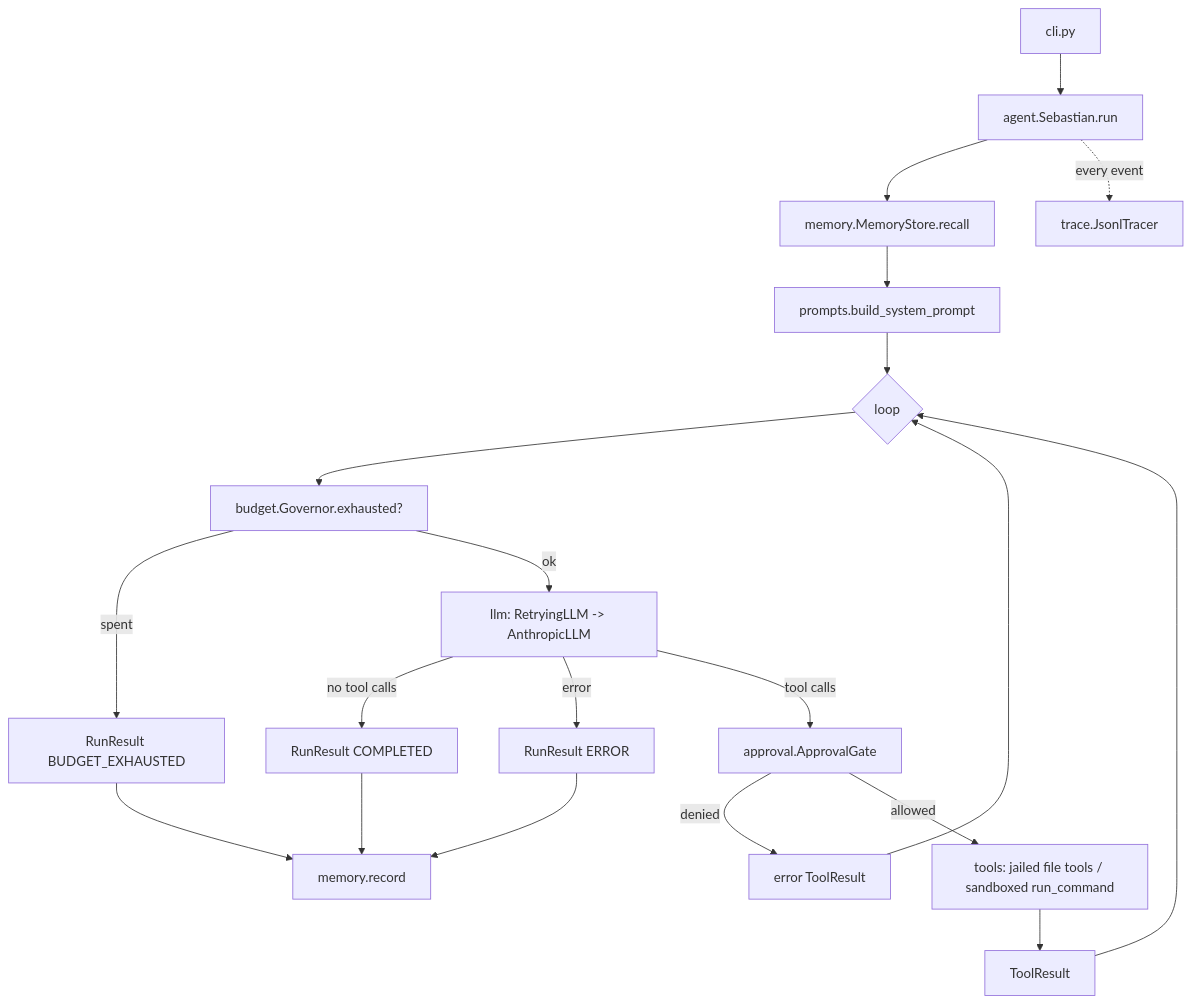
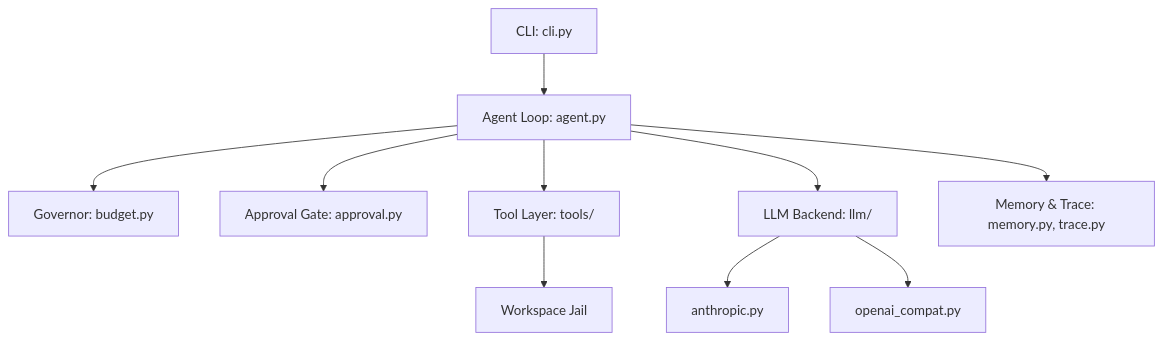
Before and after one commit to jonnysteedman683-wq/Sebastian: the diagram in docs/SEBASTIAN_MAP.md, drawn with Mermaid. The commit also changed other lines of this file and 1 other file, not shown here.

First line of the commit message:
docs: Add SEBASTIAN_MAP and phase 1 report

````diff
--- a/docs/SEBASTIAN_MAP.md
+++ b/docs/SEBASTIAN_MAP.md
@@ -11,20 +16,12 @@
 ```mermaid
-flowchart TD
-    CLI[cli.py] --> A[agent.Sebastian.run]
-    A --> M[memory.MemoryStore.recall]
-    M --> P[prompts.build_system_prompt]
-    P --> L{loop}
-    L --> G[budget.Governor.exhausted?]
-    G -- spent --> E[RunResult BUDGET_EXHAUSTED]
-    G -- ok --> LLM[llm: RetryingLLM -> AnthropicLLM]
-    LLM -- no tool calls --> D[RunResult COMPLETED]
-    LLM -- error --> X[RunResult ERROR]
-    LLM -- tool calls --> AG[approval.ApprovalGate]
-    AG -- denied --> R[error ToolResult]
-    AG -- allowed --> T[tools: jailed file tools / sandboxed run_command]
-    T --> R2[ToolResult]
-    R --> L
-    R2 --> L
-    D & E & X --> MR[memory.record]
-    A -. every event .-> TR[trace.JsonlTracer]
+graph TD
+    CLI[CLI: cli.py] --> Agent[Agent Loop: agent.py]
+    Agent --> Budget[Governor: budget.py]
+    Agent --> Approval[Approval Gate: approval.py]
+    Agent --> Tools[Tool Layer: tools/]
+    Agent --> LLM[LLM Backend: llm/]
+    Agent --> Memory[Memory & Trace: memory.py, trace.py]
+    Tools --> Jail[Workspace Jail]
+    LLM --> Anthropic[anthropic.py]
+    LLM --> OpenAI[openai_compat.py]
 ```
````
